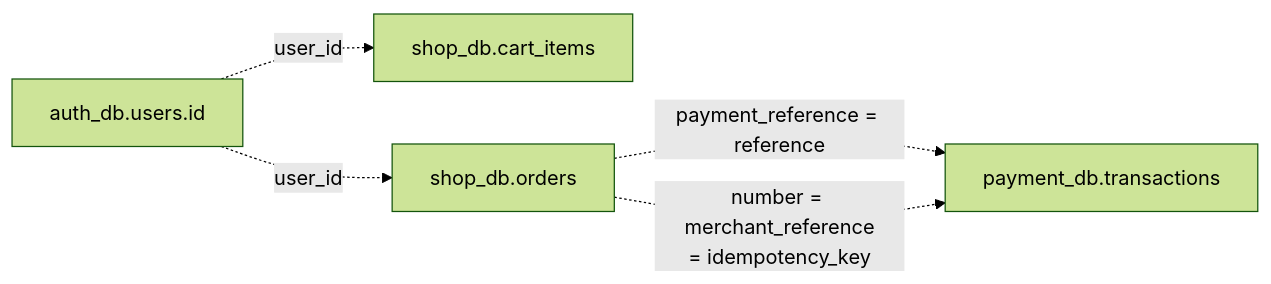
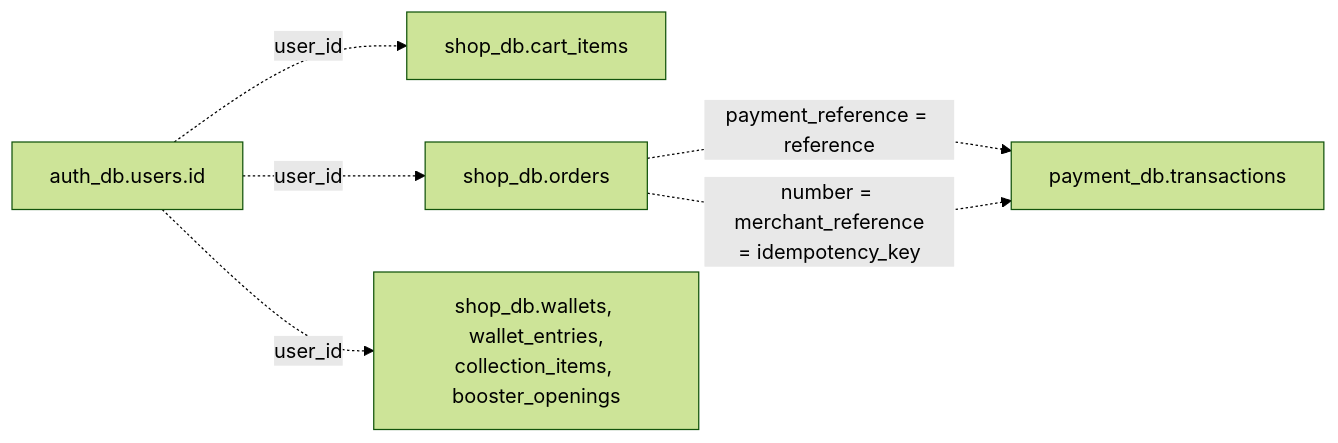
One commit to redarcepsi/workshop-novashop changed the first of 3 diagrams in documents/modele-de-donnees.md. Above: the diagram before and after it, drawn with Mermaid (forest theme). The commit also changed other lines of this file and 91 other files, not shown here.

Commit message:
Refonte de la boutique : NovaShop devient PokéBling (cartes Pokémon, PokéDollars, boosters, collection)

````diff
--- a/documents/modele-de-donnees.md
+++ b/documents/modele-de-donnees.md
@@ -10,7 +10,8 @@
 ```mermaid
 flowchart LR
     U["auth_db.users.id"] -.->|"user_id"| C["shop_db.cart_items"]
     U -.->|"user_id"| O["shop_db.orders"]
+    U -.->|"user_id"| W["shop_db.wallets, wallet_entries,<br/>collection_items, booster_openings"]
     O -.->|"payment_reference = reference"| T["payment_db.transactions"]
     O -.->|"number = merchant_reference<br/>= idempotency_key"| T
 ```
````
